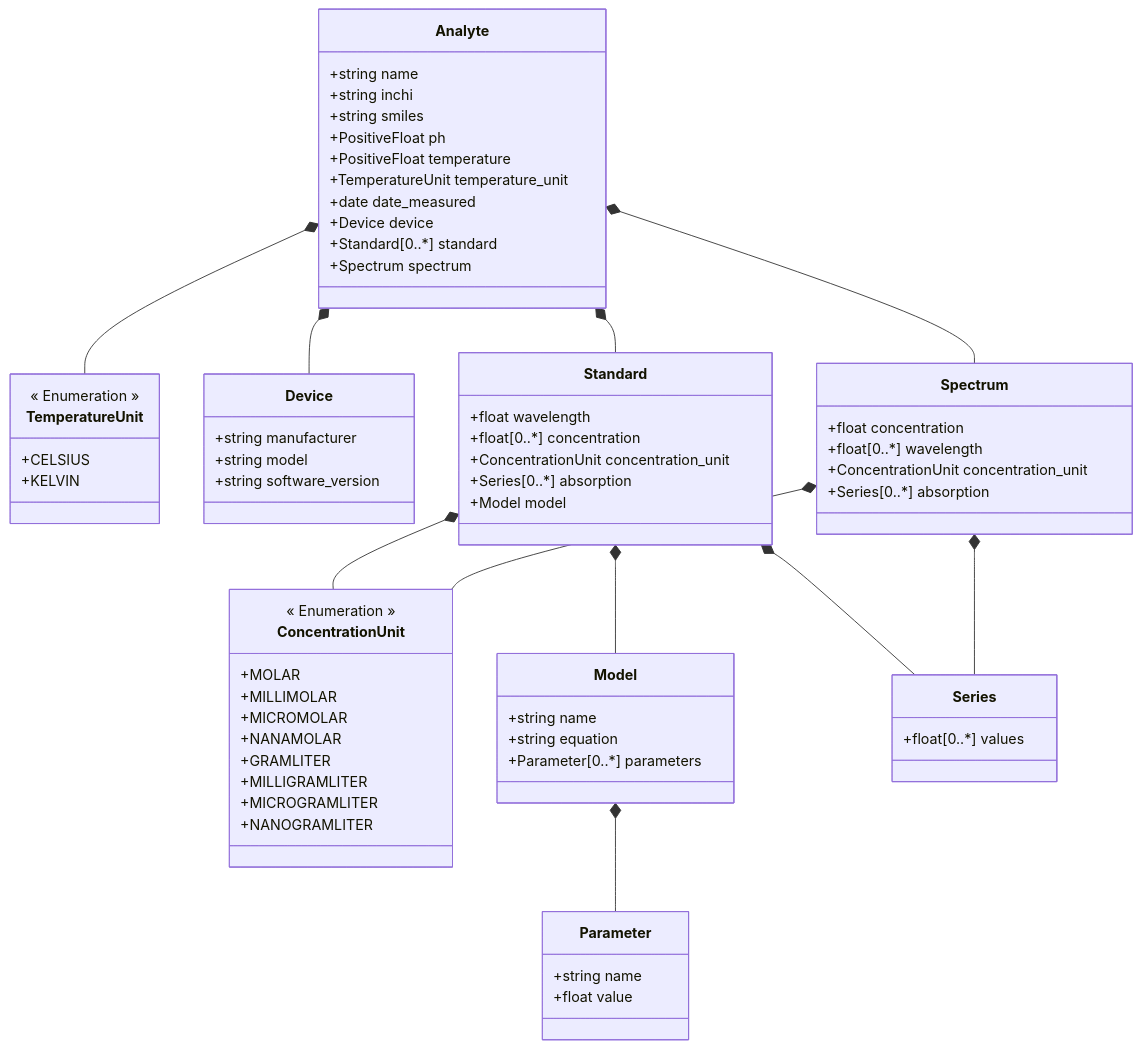
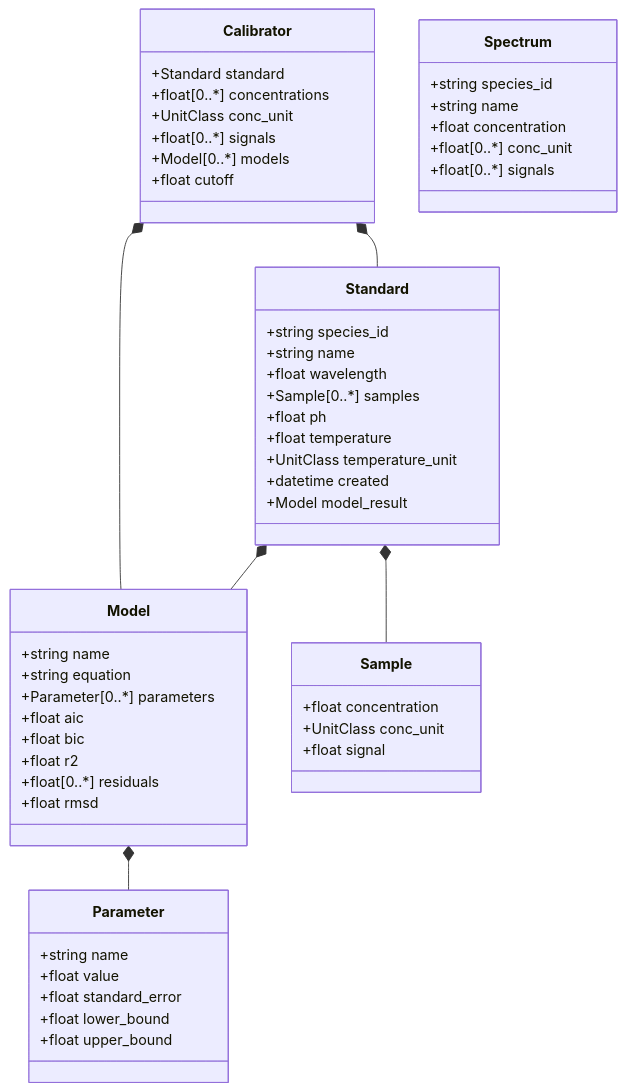
The diagram in CaliPytion/schemes/calipytion_schema.md (FAIRChemistry/datamodel_calibration), drawn with Mermaid before and after one commit. The commit also changed 31 other files, not shown here.

````diff
--- a/CaliPytion/schemes/calipytion_schema.md
+++ b/CaliPytion/schemes/calipytion_schema.md
@@ -1,81 +1,63 @@
 ```mermaid
 classDiagram
-    Analyte *-- TemperatureUnit
-    Analyte *-- Device
-    Analyte *-- Standard
-    Analyte *-- Spectrum
-    Standard *-- ConcentrationUnit
+    Calibrator *-- Standard
+    Calibrator *-- Model
+    Standard *-- Sample
     Standard *-- Model
-    Standard *-- Series
-    Spectrum *-- ConcentrationUnit
-    Spectrum *-- Series
     Model *-- Parameter
     
-    class Analyte {
-        +string name
-        +string inchi
-        +string smiles
-        +PositiveFloat ph
-        +PositiveFloat temperature
-        +TemperatureUnit temperature_unit
-        +date date_measured
-        +Device device
-        +Standard[0..*] standard
-        +Spectrum spectrum
-    }
-    
-    class Device {
-        +string manufacturer
-        +string model
-        +string software_version
+    class Calibrator {
+        +Standard standard
+        +float[0..*] concentrations
+        +UnitClass conc_unit
+        +float[0..*] signals
+        +Model[0..*] models
+        +float cutoff
     }
     
     class Standard {
+        +string species_id
+        +string name
         +float wavelength
-        +float[0..*] concentration
-        +ConcentrationUnit concentration_unit
-        +Series[0..*] absorption
-        +Model model
+        +Sample[0..*] samples
+        +float ph
+        +float temperature
+        +UnitClass temperature_unit
+        +datetime created
+        +Model model_result
     }
     
-    class Spectrum {
+    class Sample {
         +float concentration
-        +float[0..*] wavelength
-        +ConcentrationUnit concentration_unit
-        +Series[0..*] absorption
+        +UnitClass conc_unit
+        +float signal
     }
     
     class Model {
         +string name
         +string equation
         +Parameter[0..*] parameters
+        +float aic
+        +float bic
+        +float r2
+        +float[0..*] residuals
+        +float rmsd
     }
     
     class Parameter {
         +string name
         +float value
+        +float standard_error
+        +float lower_bound
+        +float upper_bound
     }
     
-    class Series {
-        +float[0..*] values
-    }
-    
-    class TemperatureUnit {
-        << Enumeration >>
-        +CELSIUS
-        +KELVIN
-    }
-    
-    class ConcentrationUnit {
-        << Enumeration >>
-        +MOLAR
-        +MILLIMOLAR
-        +MICROMOLAR
-        +NANAMOLAR
-        +GRAMLITER
-        +MILLIGRAMLITER
-        +MICROGRAMLITER
-        +NANOGRAMLITER
+    class Spectrum {
+        +string species_id
+        +string name
+        +float concentration
+        +float[0..*] conc_unit
+        +float[0..*] signals
     }
     
 ```
````
